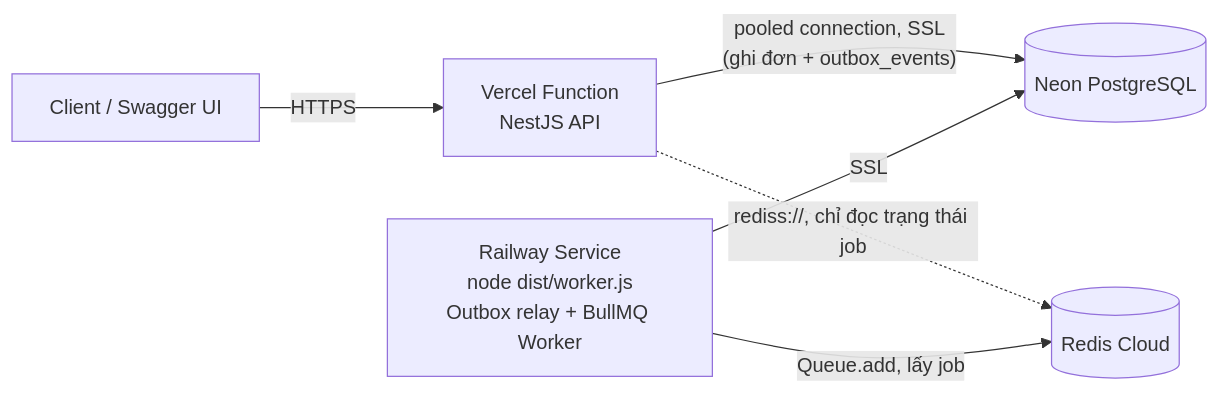
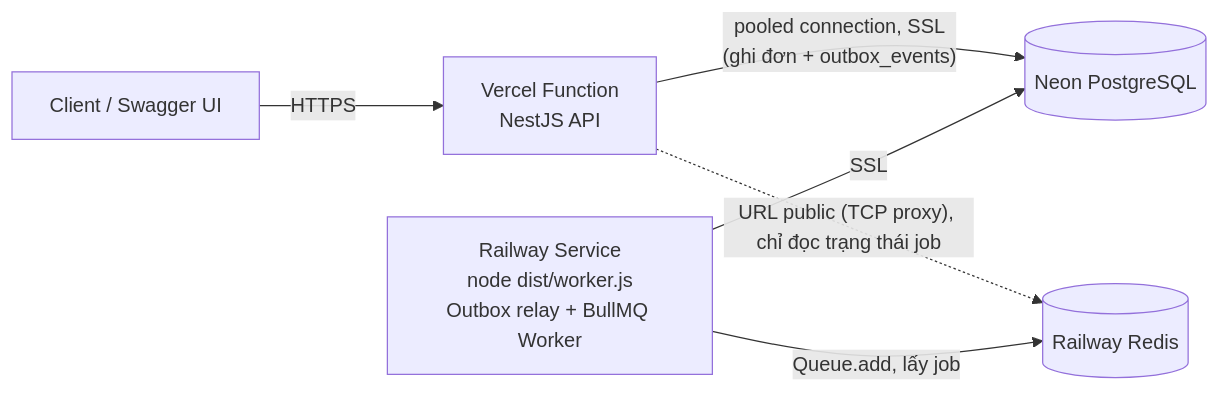
The diagram in docs/08-deployment.md (hcmus-phat/hemidi-test), drawn with Mermaid before and after one commit. The commit also changed other lines of this file and 5 other files, not shown here.

First line of the commit message:
docs: record the live deployment and the switch to Railway Redis

````diff
--- a/docs/08-deployment.md
+++ b/docs/08-deployment.md
@@ -104,8 +104,8 @@
 ```mermaid
 flowchart LR
   U["Client / Swagger UI"] -->|HTTPS| V["Vercel Function<br/>NestJS API"]
   V -->|"pooled connection, SSL<br/>(ghi đơn + outbox_events)"| N[("Neon PostgreSQL")]
-  V -.->|"rediss://, chỉ đọc trạng thái job"| RC[("Redis Cloud")]
+  V -.->|"URL public (TCP proxy), chỉ đọc trạng thái job"| RC[("Railway Redis")]
   W["Railway Service<br/>node dist/worker.js<br/>Outbox relay + BullMQ Worker"] -->|"Queue.add, lấy job"| RC
   W -->|"SSL"| N
 ```
````
